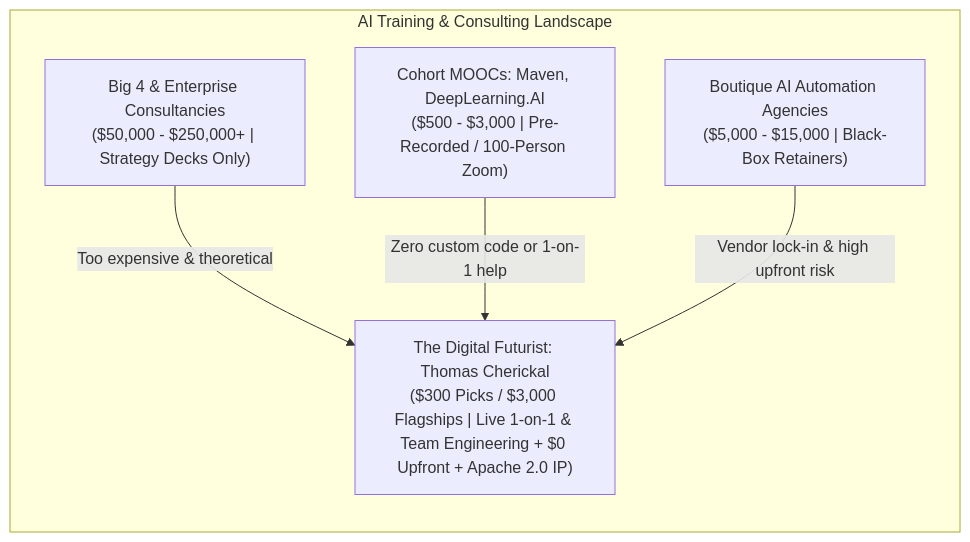
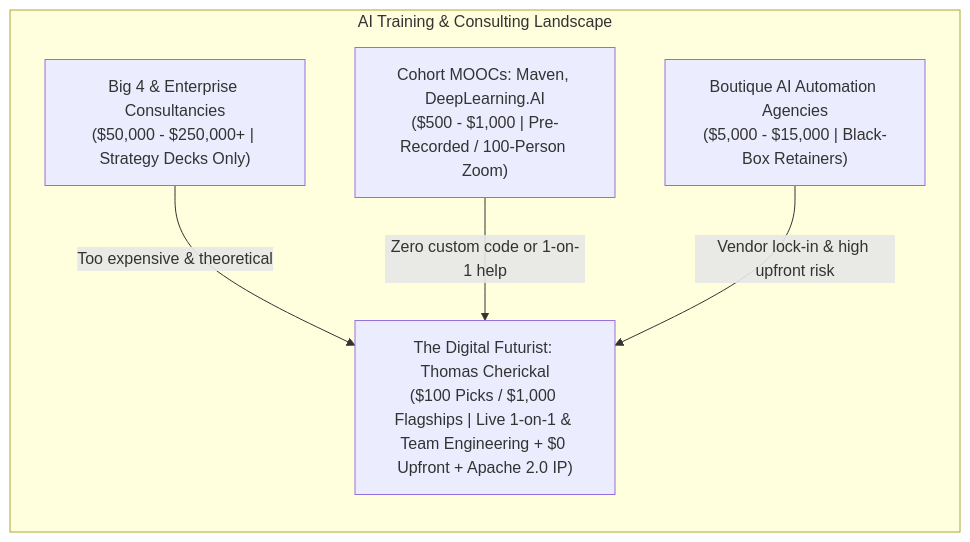
One commit to thomascherickal/thomascherickal.github.io changed the diagram in internal-use/trainer-guide.md. Above: the diagram before and after it, drawn with Mermaid. The commit also changed other lines of this file and 88 other files, not shown here.

````diff
--- a/internal-use/trainer-guide.md
+++ b/internal-use/trainer-guide.md
@@ -79,13 +79,13 @@
 ```mermaid
 flowchart TD
     subgraph Market["AI Training & Consulting Landscape"]
         direction TB
         A["Big 4 & Enterprise Consultancies<br/>($50,000 - $250,000+ | Strategy Decks Only)"]
-        B["Cohort MOOCs: Maven, DeepLearning.AI<br/>($500 - $3,000 | Pre-Recorded / 100-Person Zoom)"]
+        B["Cohort MOOCs: Maven, DeepLearning.AI<br/>($500 - $1,000 | Pre-Recorded / 100-Person Zoom)"]
         C["Boutique AI Automation Agencies<br/>($5,000 - $15,000 | Black-Box Retainers)"]
-        D["The Digital Futurist: Thomas Cherickal<br/>($300 Picks / $3,000 Flagships | Live 1-on-1 & Team Engineering + $0 Upfront + Apache 2.0 IP)"]
+        D["The Digital Futurist: Thomas Cherickal<br/>($100 Picks / $1,000 Flagships | Live 1-on-1 & Team Engineering + $0 Upfront + Apache 2.0 IP)"]
     end
     A -->|"Too expensive & theoretical"| D
     B -->|"Zero custom code or 1-on-1 help"| D
     C -->|"Vendor lock-in & high upfront risk"| D
 ```
````
